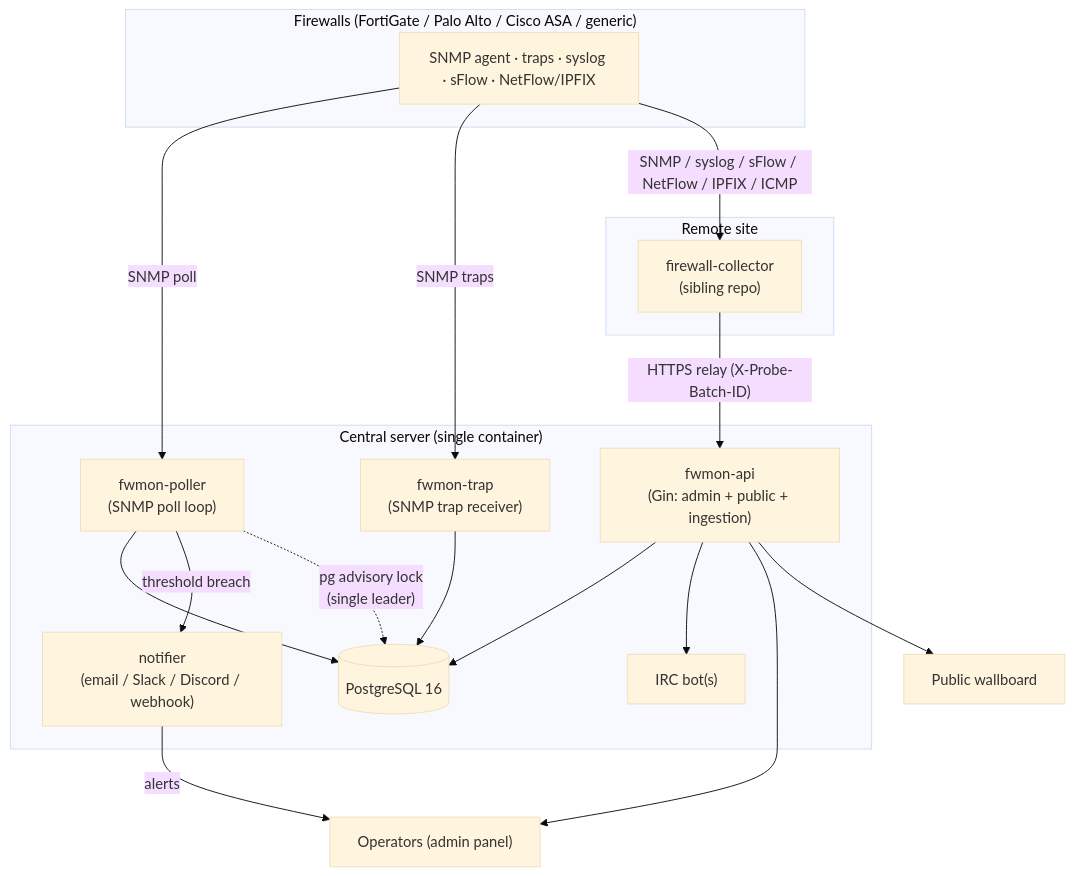
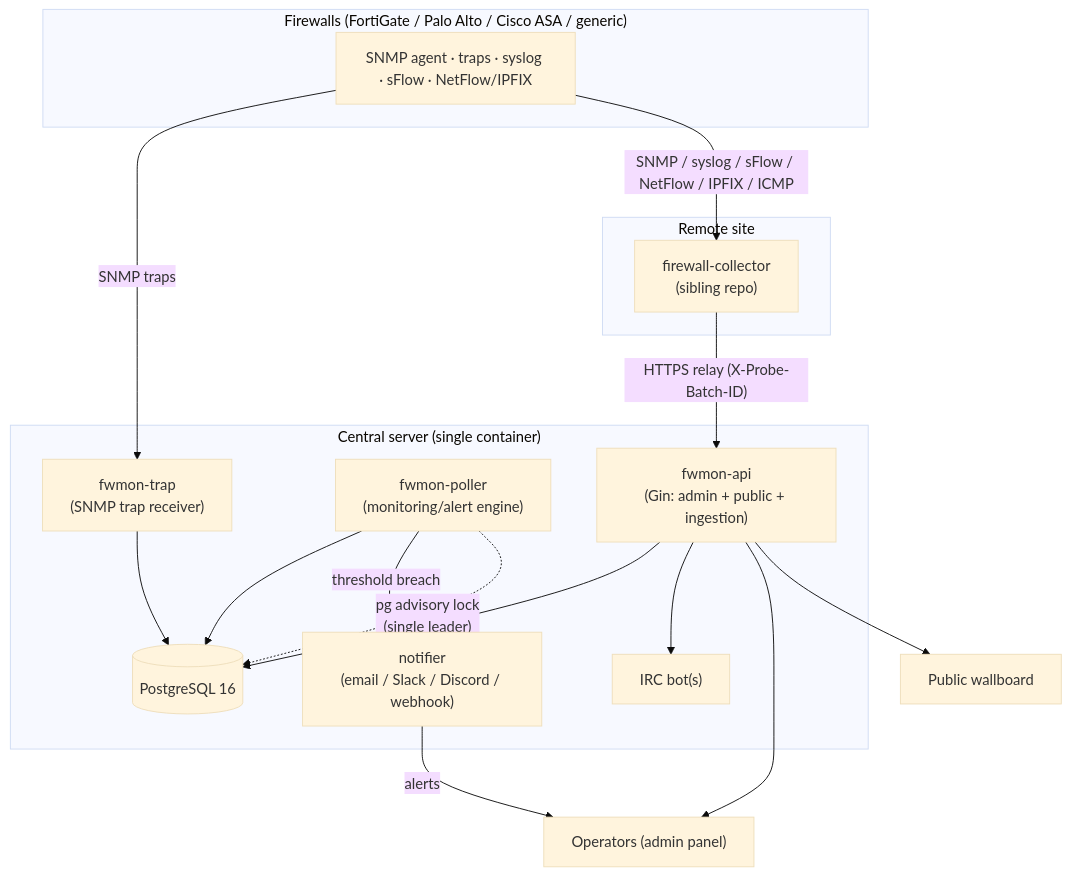
One commit to xphox2/Firewall-Monitoring changed the first of 4 diagrams in docs/architecture.md. Above: the diagram before and after it, drawn with Mermaid (base theme). The commit also changed other lines of this file and 8 other files, not shown here.

````diff
--- a/docs/architecture.md
+++ b/docs/architecture.md
@@ -15,38 +17,37 @@
 ```mermaid
 flowchart TB
     subgraph firewalls["Firewalls (FortiGate / Palo Alto / Cisco ASA / generic)"]
         FW["SNMP agent · traps · syslog · sFlow · NetFlow/IPFIX"]
     end
 
     subgraph site["Remote site"]
         PROBE["firewall-collector<br/>(sibling repo)"]
     end
 
     subgraph server["Central server (single container)"]
         API["fwmon-api<br/>(Gin: admin + public + ingestion)"]
-        POLLER["fwmon-poller<br/>(SNMP poll loop)"]
+        POLLER["fwmon-poller<br/>(monitoring/alert engine)"]
         TRAP["fwmon-trap<br/>(SNMP trap receiver)"]
         DB[("PostgreSQL 16")]
         IRC["IRC bot(s)"]
         NOTIF["notifier<br/>(email / Slack / Discord / webhook)"]
     end
 
     USERS["Operators (admin panel)"]
     WALL["Public wallboard"]
 
-    FW -- "SNMP poll" --> POLLER
     FW -- "SNMP traps" --> TRAP
     FW -- "SNMP / syslog / sFlow / NetFlow / IPFIX / ICMP" --> PROBE
     PROBE -- "HTTPS relay (X-Probe-Batch-ID)" --> API
 
     POLLER --> DB
     TRAP --> DB
     API --> DB
     POLLER -- "threshold breach" --> NOTIF
     API --> IRC
     NOTIF -- "alerts" --> USERS
     API --> USERS
     API --> WALL
 
     POLLER -. "pg advisory lock<br/>(single leader)" .-> DB
 ```
````
